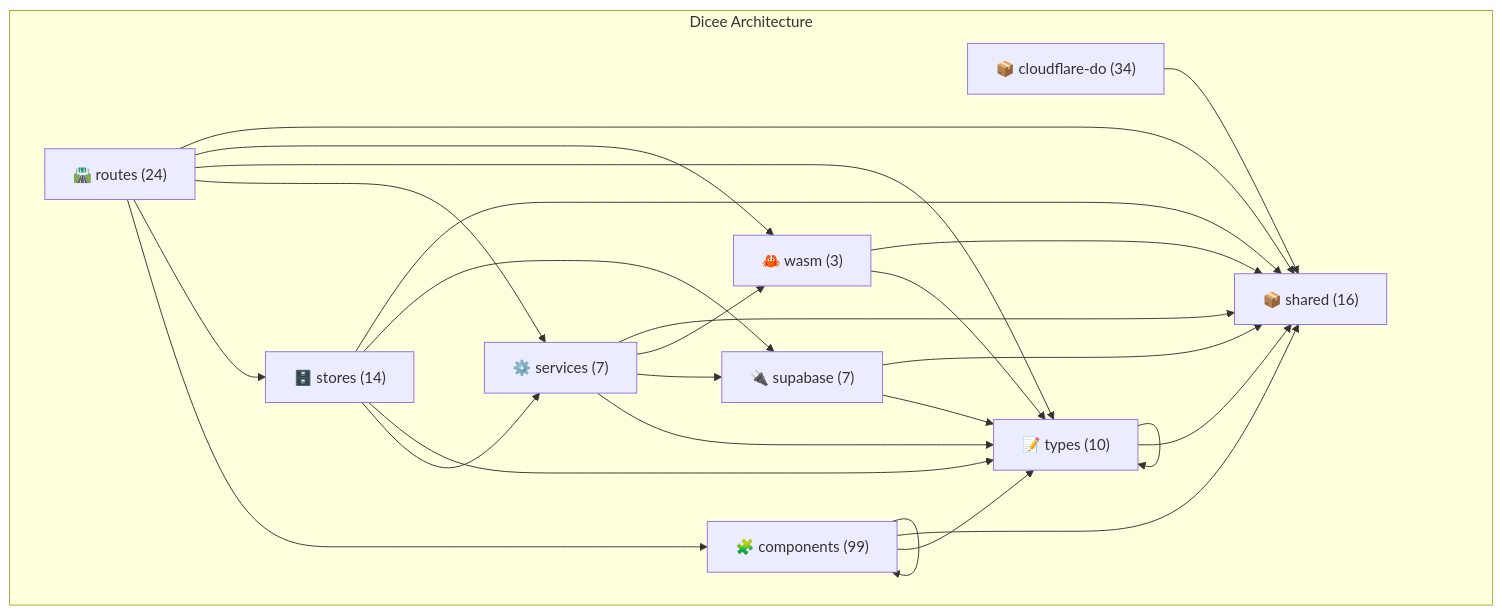
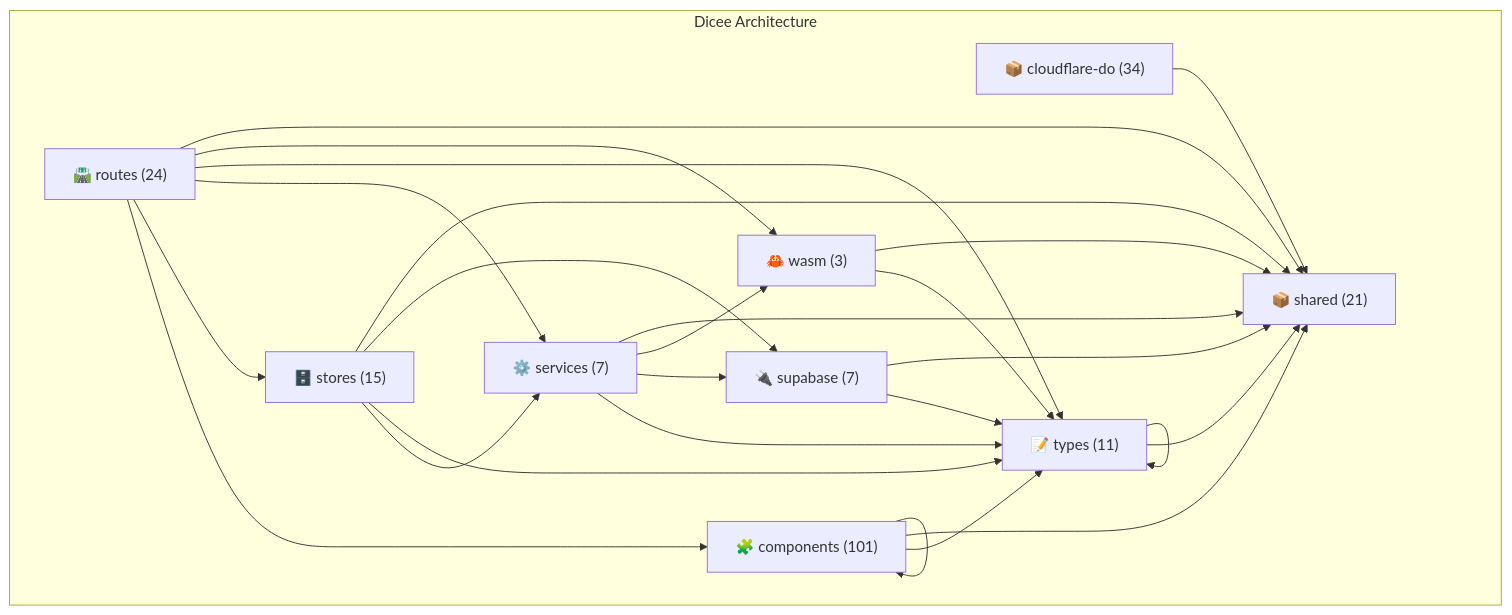
The diagram in docs/architecture/akg/diagrams/LAYER_ARCHITECTURE.md (verlyn13/dicee), drawn with Mermaid before and after one commit. The commit also changed other lines of this file and 54 other files, not shown here.

First line of the commit message:
feat(arch): complete architecture consolidation plan (Phases 1-5)

````diff
--- a/docs/architecture/akg/diagrams/LAYER_ARCHITECTURE.md
+++ b/docs/architecture/akg/diagrams/LAYER_ARCHITECTURE.md
@@ -16,39 +16,39 @@
 ```mermaid
 flowchart TB
     subgraph "Dicee Architecture"
-        shared["📦 shared (16)"]
+        shared["📦 shared (21)"]
         cloudflare_do["📦 cloudflare-do (34)"]
         routes["🛣️ routes (24)"]
-        components["🧩 components (99)"]
-        stores["🗄️ stores (14)"]
+        components["🧩 components (101)"]
+        stores["🗄️ stores (15)"]
         services["⚙️ services (7)"]
-        types["📝 types (10)"]
+        types["📝 types (11)"]
         supabase["🔌 supabase (7)"]
         wasm["🦀 wasm (3)"]
     end
 
     cloudflare_do --> shared
     routes --> components
     routes --> stores
     routes --> services
     routes --> types
     routes --> wasm
     routes --> shared
     components --> components
     components --> types
     components --> shared
     stores --> services
     stores --> types
     stores --> supabase
     stores --> shared
     services --> types
     services --> supabase
     services --> wasm
     services --> shared
     types --> types
     types --> shared
     supabase --> types
     supabase --> shared
     wasm --> types
     wasm --> shared
 ```
````
